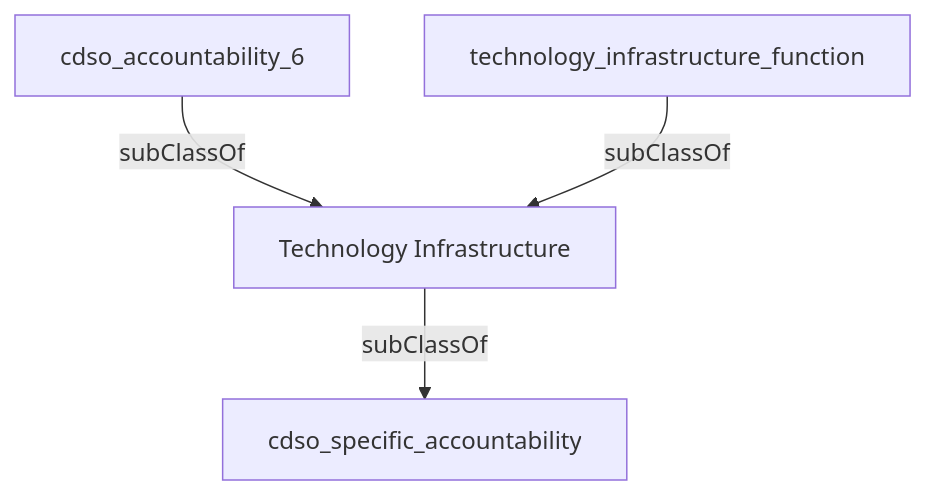
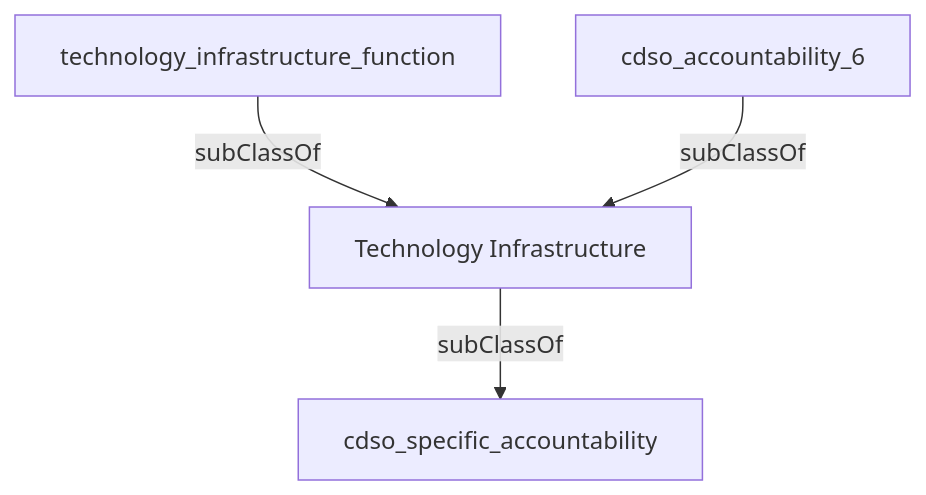
One commit to heidingaway/heidi2 changed the diagram in content/accountabilities/technology_infrastructure.md. Above: the diagram before and after it, drawn with Mermaid. The commit also changed other lines of this file and 372 other files, not shown here.

````diff
--- a/content/accountabilities/technology_infrastructure.md
+++ b/content/accountabilities/technology_infrastructure.md
@@ -26,10 +22,10 @@
 ```mermaid
 graph TD
   Technology_Infrastructure["Technology Infrastructure"]:::current-page-node
   cdso_specific_accountability["cdso_specific_accountability"]
   cdso_accountability_6["cdso_accountability_6"]
   technology_infrastructure_function["technology_infrastructure_function"]
+  technology_infrastructure_function-->|" subClassOf "|Technology_Infrastructure
+  cdso_accountability_6-->|" subClassOf "|Technology_Infrastructure
   Technology_Infrastructure-->|" subClassOf "|cdso_specific_accountability
-  cdso_accountability_6-->|" subClassOf "|Technology_Infrastructure
-  technology_infrastructure_function-->|" subClassOf "|Technology_Infrastructure
 ```
````
